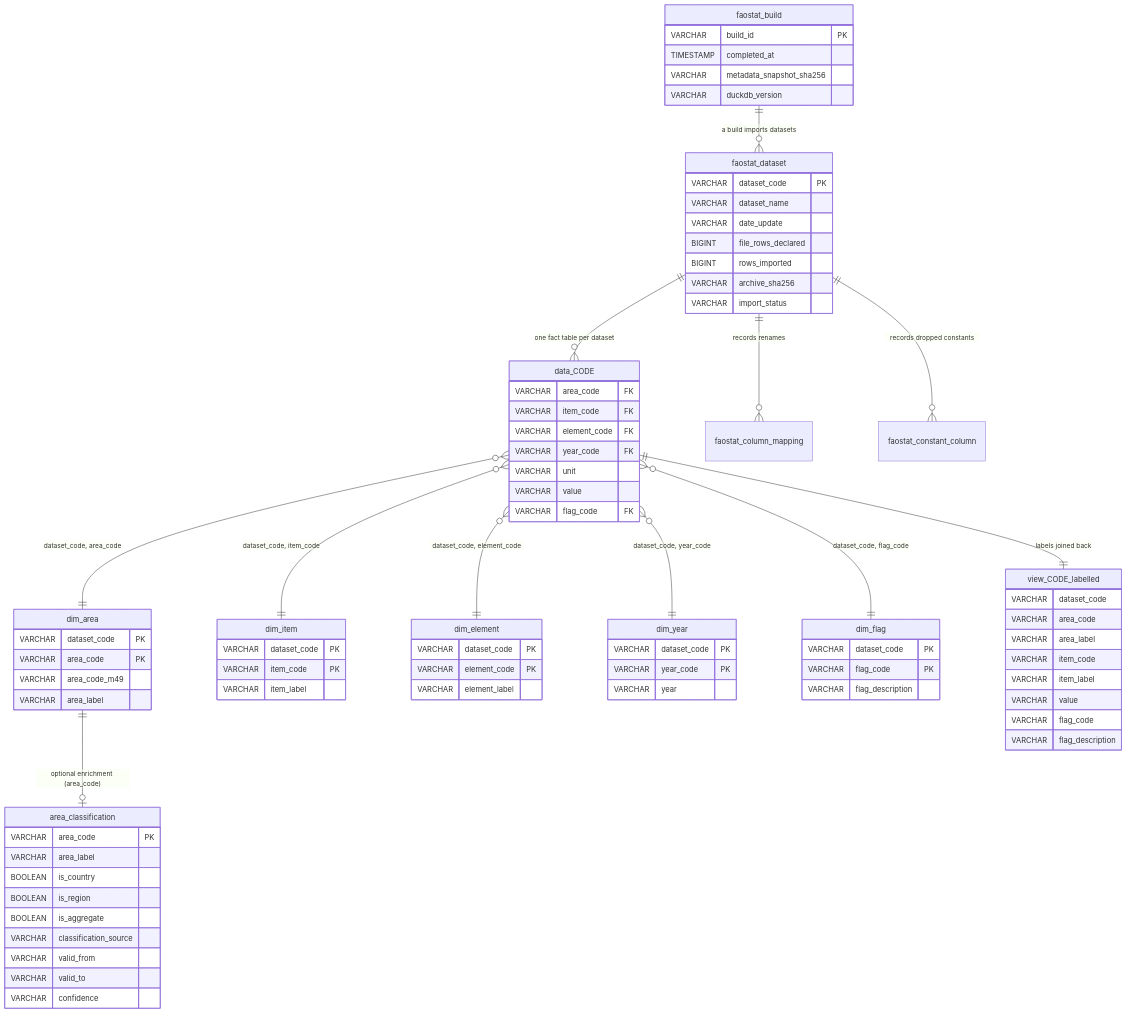
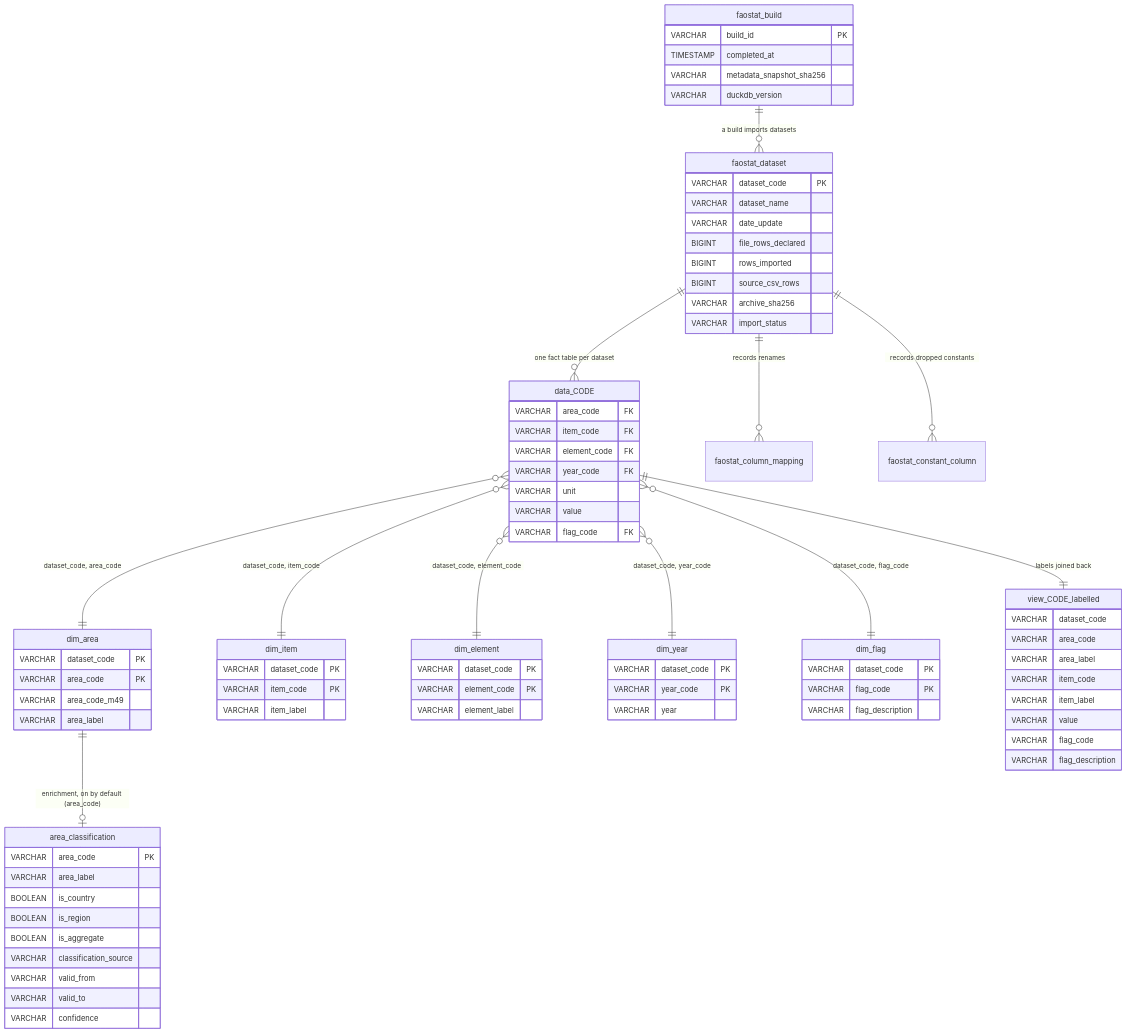
One commit to clara-roch/faostat-in-duckdb changed the diagram in README.md. Above: the diagram before and after it, drawn with Mermaid. The commit also changed other lines of this file and 10 other files, not shown here.

```diff
--- a/README.md
+++ b/README.md
@@ -372,7 +373,7 @@
     data_CODE }o--|| dim_year : "dataset_code, year_code"
     data_CODE }o--|| dim_flag : "dataset_code, flag_code"
     data_CODE ||--|| view_CODE_labelled : "labels joined back"
-    dim_area ||--o| area_classification : "optional enrichment (area_code)"
+    dim_area ||--o| area_classification : "enrichment, on by default (area_code)"
 
     faostat_dataset {
         VARCHAR dataset_code PK
@@ -380,6 +381,7 @@
         VARCHAR date_update
         BIGINT  file_rows_declared
         BIGINT  rows_imported
+        BIGINT  source_csv_rows
         VARCHAR archive_sha256
         VARCHAR import_status
     }
```
